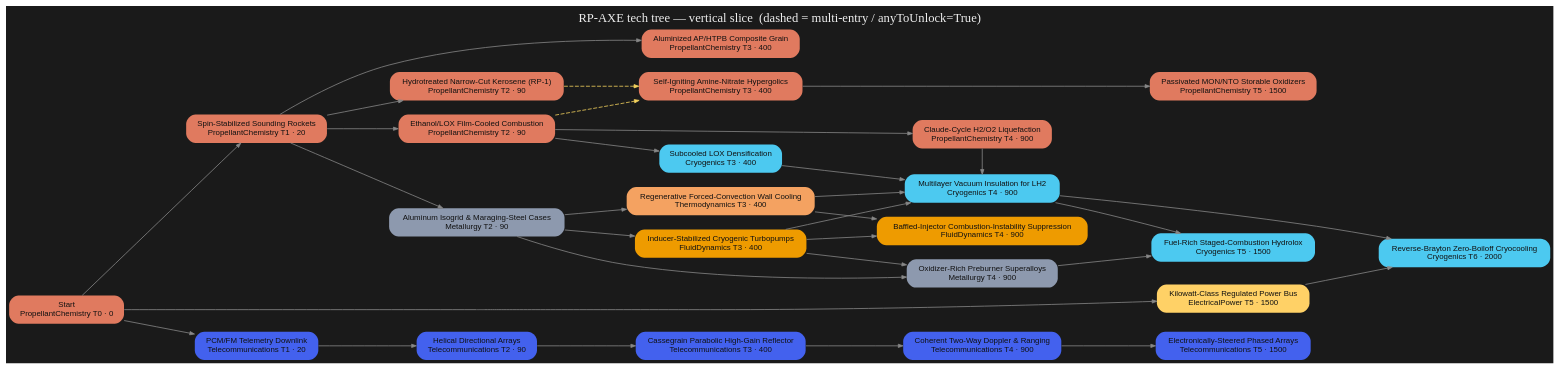
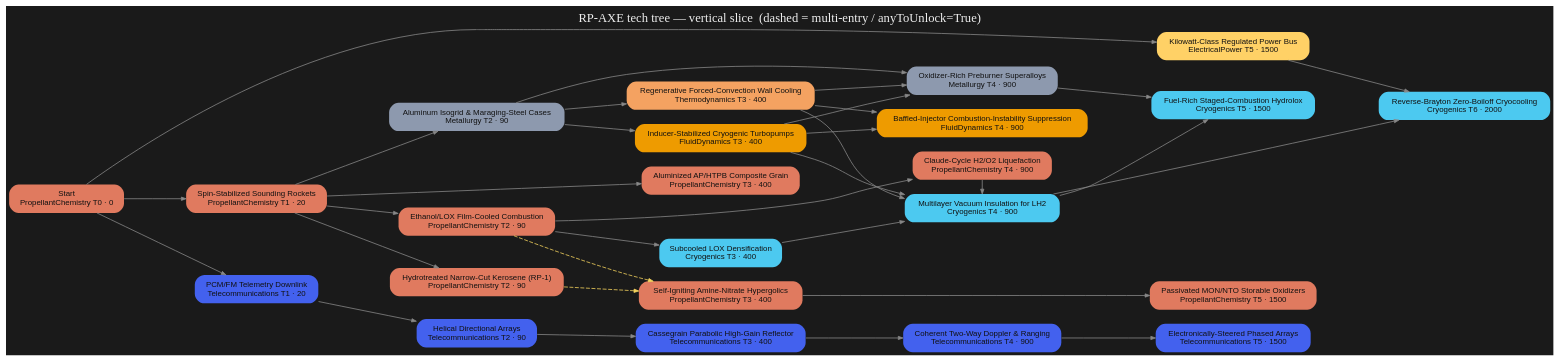
Before and after one commit to miskoltrans/RP-AXE: the diagram in tree/render/axe-tree.dot, drawn with Graphviz. The commit also changed 4 other files, not shown here.

First line of the commit message:
tree: fix regen-cooling consistency on RD-170 (audit of all convergence edges)

```diff
--- a/tree/render/axe-tree.dot
+++ b/tree/render/axe-tree.dot
@@ -1,67 +1,68 @@
 digraph AXE {
   rankdir=LR; bgcolor="#1a1a1a"; nodesep=0.25; ranksep=1.1;
   node[shape=box,style="filled,rounded",fontname="Helvetica",fontsize=10,color="#00000000"];
   edge[color="#888888",arrowsize=0.6];
   "start" [label="Start\nPropellantChemistry T0 · 0",fillcolor="#e07a5f",fontcolor="#111111"];
   "soundingRocketry" [label="Spin-Stabilized Sounding Rockets\nPropellantChemistry T1 · 20",fillcolor="#e07a5f",fontcolor="#111111"];
   "pc_ethanolLox" [label="Ethanol/LOX Film-Cooled Combustion\nPropellantChemistry T2 · 90",fillcolor="#e07a5f",fontcolor="#111111"];
   "pc_keroseneHydrotreating" [label="Hydrotreated Narrow-Cut Kerosene (RP-1)\nPropellantChemistry T2 · 90",fillcolor="#e07a5f",fontcolor="#111111"];
   "pc_apcpGrain" [label="Aluminized AP/HTPB Composite Grain\nPropellantChemistry T3 · 400",fillcolor="#e07a5f",fontcolor="#111111"];
   "pc_hypergolicChemistry" [label="Self-Igniting Amine-Nitrate Hypergolics\nPropellantChemistry T3 · 400",fillcolor="#e07a5f",fontcolor="#111111"];
   "pc_cryoLiquefaction" [label="Claude-Cycle H2/O2 Liquefaction\nPropellantChemistry T4 · 900",fillcolor="#e07a5f",fontcolor="#111111"];
   "pc_storableOxidizers" [label="Passivated MON/NTO Storable Oxidizers\nPropellantChemistry T5 · 1500",fillcolor="#e07a5f",fontcolor="#111111"];
   "met_earlyAlloys" [label="Aluminum Isogrid & Maraging-Steel Cases\nMetallurgy T2 · 90",fillcolor="#8d99ae",fontcolor="#111111"];
   "met_oxRichSuperalloys" [label="Oxidizer-Rich Preburner Superalloys\nMetallurgy T4 · 900",fillcolor="#8d99ae",fontcolor="#111111"];
   "fd_turbopumps" [label="Inducer-Stabilized Cryogenic Turbopumps\nFluidDynamics T3 · 400",fillcolor="#ee9b00",fontcolor="#111111"];
   "fd_combustionStability" [label="Baffled-Injector Combustion-Instability Suppression\nFluidDynamics T4 · 900",fillcolor="#ee9b00",fontcolor="#111111"];
   "th_regenCooling" [label="Regenerative Forced-Convection Wall Cooling\nThermodynamics T3 · 400",fillcolor="#f4a261",fontcolor="#111111"];
   "cryo_loxHandling" [label="Subcooled LOX Densification\nCryogenics T3 · 400",fillcolor="#4cc9f0",fontcolor="#111111"];
   "cryo_lh2Insulation" [label="Multilayer Vacuum Insulation for LH2\nCryogenics T4 · 900",fillcolor="#4cc9f0",fontcolor="#111111"];
   "cryo_stagedHydrolox" [label="Fuel-Rich Staged-Combustion Hydrolox\nCryogenics T5 · 1500",fillcolor="#4cc9f0",fontcolor="#111111"];
   "cryo_zbo" [label="Reverse-Brayton Zero-Boiloff Cryocooling\nCryogenics T6 · 2000",fillcolor="#4cc9f0",fontcolor="#111111"];
   "tel_pcmTelemetry" [label="PCM/FM Telemetry Downlink\nTelecommunications T1 · 20",fillcolor="#4361ee",fontcolor="#111111"];
   "tel_helicalDirectional" [label="Helical Directional Arrays\nTelecommunications T2 · 90",fillcolor="#4361ee",fontcolor="#111111"];
   "tel_cassegrainHGA" [label="Cassegrain Parabolic High-Gain Reflector\nTelecommunications T3 · 400",fillcolor="#4361ee",fontcolor="#111111"];
   "tel_dsnRanging" [label="Coherent Two-Way Doppler & Ranging\nTelecommunications T4 · 900",fillcolor="#4361ee",fontcolor="#111111"];
   "tel_phasedArray" [label="Electronically-Steered Phased Arrays\nTelecommunications T5 · 1500",fillcolor="#4361ee",fontcolor="#111111"];
   "ext_powerGrid" [label="Kilowatt-Class Regulated Power Bus\nElectricalPower T5 · 1500",fillcolor="#ffd166",fontcolor="#111111"];
   { rank=same; "start" }
   { rank=same; "soundingRocketry" "tel_pcmTelemetry" }
   { rank=same; "pc_ethanolLox" "pc_keroseneHydrotreating" "met_earlyAlloys" "tel_helicalDirectional" }
   { rank=same; "pc_apcpGrain" "pc_hypergolicChemistry" "fd_turbopumps" "th_regenCooling" "cryo_loxHandling" "tel_cassegrainHGA" }
   { rank=same; "pc_cryoLiquefaction" "met_oxRichSuperalloys" "fd_combustionStability" "cryo_lh2Insulation" "tel_dsnRanging" }
   { rank=same; "pc_storableOxidizers" "cryo_stagedHydrolox" "tel_phasedArray" "ext_powerGrid" }
   { rank=same; "cryo_zbo" }
   "start" -> "soundingRocketry" [style=solid];
   "soundingRocketry" -> "pc_ethanolLox" [style=solid];
   "soundingRocketry" -> "pc_keroseneHydrotreating" [style=solid];
   "soundingRocketry" -> "pc_apcpGrain" [style=solid];
   "pc_ethanolLox" -> "pc_hypergolicChemistry" [style=dashed,color="#f4d35e"];
   "pc_keroseneHydrotreating" -> "pc_hypergolicChemistry" [style=dashed,color="#f4d35e"];
   "pc_ethanolLox" -> "pc_cryoLiquefaction" [style=solid];
   "pc_hypergolicChemistry" -> "pc_storableOxidizers" [style=solid];
   "soundingRocketry" -> "met_earlyAlloys" [style=solid];
   "met_earlyAlloys" -> "met_oxRichSuperalloys" [style=solid];
   "fd_turbopumps" -> "met_oxRichSuperalloys" [style=solid];
+  "th_regenCooling" -> "met_oxRichSuperalloys" [style=solid];
   "met_earlyAlloys" -> "fd_turbopumps" [style=solid];
   "fd_turbopumps" -> "fd_combustionStability" [style=solid];
   "th_regenCooling" -> "fd_combustionStability" [style=solid];
   "met_earlyAlloys" -> "th_regenCooling" [style=solid];
   "pc_ethanolLox" -> "cryo_loxHandling" [style=solid];
   "cryo_loxHandling" -> "cryo_lh2Insulation" [style=solid];
   "pc_cryoLiquefaction" -> "cryo_lh2Insulation" [style=solid];
   "fd_turbopumps" -> "cryo_lh2Insulation" [style=solid];
   "th_regenCooling" -> "cryo_lh2Insulation" [style=solid];
   "cryo_lh2Insulation" -> "cryo_stagedHydrolox" [style=solid];
   "met_oxRichSuperalloys" -> "cryo_stagedHydrolox" [style=solid];
   "cryo_lh2Insulation" -> "cryo_zbo" [style=solid];
   "ext_powerGrid" -> "cryo_zbo" [style=solid];
   "start" -> "tel_pcmTelemetry" [style=solid];
   "tel_pcmTelemetry" -> "tel_helicalDirectional" [style=solid];
   "tel_helicalDirectional" -> "tel_cassegrainHGA" [style=solid];
   "tel_cassegrainHGA" -> "tel_dsnRanging" [style=solid];
   "tel_dsnRanging" -> "tel_phasedArray" [style=solid];
   "start" -> "ext_powerGrid" [style=solid];
   labelloc="t"; fontcolor="#eeeeee"; fontsize=16;
   label="RP-AXE tech tree — vertical slice  (dashed = multi-entry / anyToUnlock=True)";
 }
```
